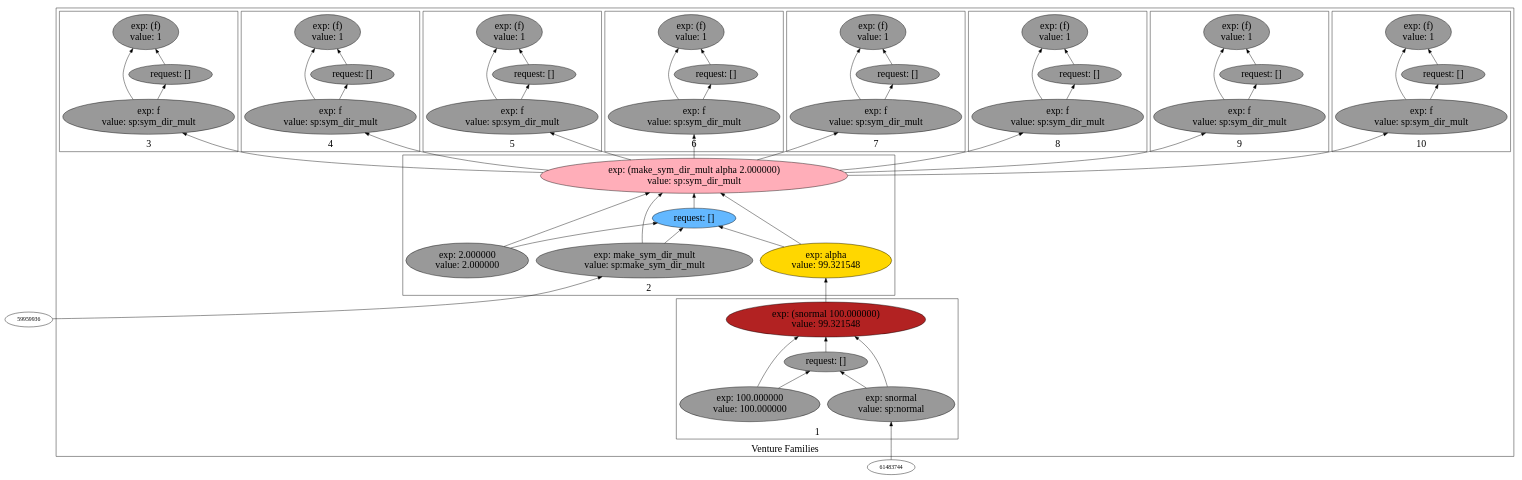
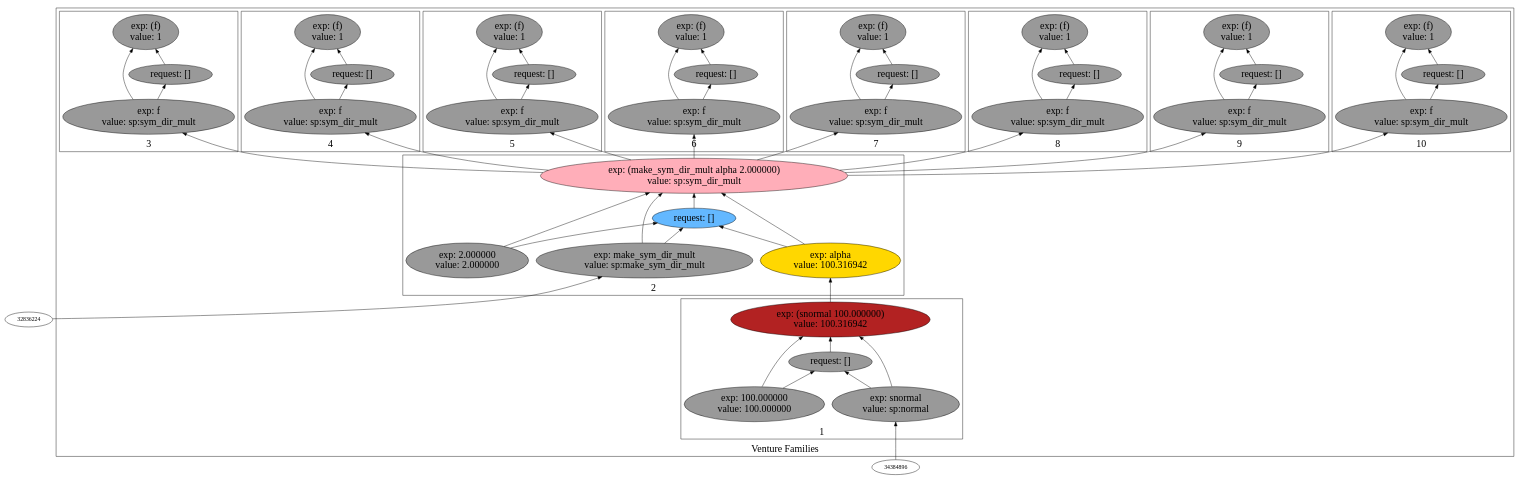
The diagram in backend/cxx/graphs/aaa_basic_with_aaa/dot3.dot (probcomp/Venturecxx), drawn with Graphviz before and after one commit. The commit also changed 303 other files, not shown here.

Commit message:
Added a script to generate schematics

```diff
--- a/backend/cxx/graphs/aaa_basic_with_aaa/dot3.dot
+++ b/backend/cxx/graphs/aaa_basic_with_aaa/dot3.dot
@@ -5,125 +5,125 @@
 label="Venture Families"
 subgraph cluster2 {
 label="1"
-"58793328"["fillcolor"="firebrick" "fontsize"="24" "label"="exp: (snormal 100.000000)\nvalue: 99.321548" "shape"="ellipse" "style"="filled" ]
-"59782368"["fillcolor"="grey60" "fontsize"="24" "label"="request: []" "shape"="ellipse" "style"="filled" ]
-"60176752"["fillcolor"="grey60" "fontsize"="24" "label"="exp: snormal\nvalue: sp:normal" "shape"="ellipse" "style"="filled" ]
-"55978896"["fillcolor"="grey60" "fontsize"="24" "label"="exp: 100.000000\nvalue: 100.000000" "shape"="ellipse" "style"="filled" ]
+"30751904"["fillcolor"="firebrick" "fontsize"="24" "label"="exp: (snormal 100.000000)\nvalue: 100.316942" "shape"="ellipse" "style"="filled" ]
+"33181504"["fillcolor"="grey60" "fontsize"="24" "label"="request: []" "shape"="ellipse" "style"="filled" ]
+"33073952"["fillcolor"="grey60" "fontsize"="24" "label"="exp: snormal\nvalue: sp:normal" "shape"="ellipse" "style"="filled" ]
+"30811856"["fillcolor"="grey60" "fontsize"="24" "label"="exp: 100.000000\nvalue: 100.000000" "shape"="ellipse" "style"="filled" ]
 }
 
 subgraph cluster3 {
 label="2"
-"55107072"["fillcolor"="lightpink1" "fontsize"="24" "label"="exp: (make_sym_dir_mult alpha 2.000000)\nvalue: sp:sym_dir_mult" "shape"="ellipse" "style"="filled" ]
-"58183536"["fillcolor"="steelblue1" "fontsize"="24" "label"="request: []" "shape"="ellipse" "style"="filled" ]
-"53296304"["fillcolor"="grey60" "fontsize"="24" "label"="exp: make_sym_dir_mult\nvalue: sp:make_sym_dir_mult" "shape"="ellipse" "style"="filled" ]
-"52404240"["fillcolor"="gold" "fontsize"="24" "label"="exp: alpha\nvalue: 99.321548" "shape"="ellipse" "style"="filled" ]
-"57853120"["fillcolor"="grey60" "fontsize"="24" "label"="exp: 2.000000\nvalue: 2.000000" "shape"="ellipse" "style"="filled" ]
+"26371472"["fillcolor"="lightpink1" "fontsize"="24" "label"="exp: (make_sym_dir_mult alpha 2.000000)\nvalue: sp:sym_dir_mult" "shape"="ellipse" "style"="filled" ]
+"23848704"["fillcolor"="steelblue1" "fontsize"="24" "label"="request: []" "shape"="ellipse" "style"="filled" ]
+"26546816"["fillcolor"="grey60" "fontsize"="24" "label"="exp: make_sym_dir_mult\nvalue: sp:make_sym_dir_mult" "shape"="ellipse" "style"="filled" ]
+"26573984"["fillcolor"="gold" "fontsize"="24" "label"="exp: alpha\nvalue: 100.316942" "shape"="ellipse" "style"="filled" ]
+"33121808"["fillcolor"="grey60" "fontsize"="24" "label"="exp: 2.000000\nvalue: 2.000000" "shape"="ellipse" "style"="filled" ]
 }
 
 subgraph cluster4 {
 label="3"
-"60085760"["fillcolor"="grey60" "fontsize"="24" "label"="exp: (f)\nvalue: 1" "shape"="ellipse" "style"="filled" ]
-"60248128"["fillcolor"="grey60" "fontsize"="24" "label"="request: []" "shape"="ellipse" "style"="filled" ]
-"53085776"["fillcolor"="grey60" "fontsize"="24" "label"="exp: f\nvalue: sp:sym_dir_mult" "shape"="ellipse" "style"="filled" ]
+"31366272"["fillcolor"="grey60" "fontsize"="24" "label"="exp: (f)\nvalue: 1" "shape"="ellipse" "style"="filled" ]
+"33146560"["fillcolor"="grey60" "fontsize"="24" "label"="request: []" "shape"="ellipse" "style"="filled" ]
+"31197024"["fillcolor"="grey60" "fontsize"="24" "label"="exp: f\nvalue: sp:sym_dir_mult" "shape"="ellipse" "style"="filled" ]
 }
 
 subgraph cluster5 {
 label="4"
-"54608032"["fillcolor"="grey60" "fontsize"="24" "label"="exp: (f)\nvalue: 1" "shape"="ellipse" "style"="filled" ]
-"60205760"["fillcolor"="grey60" "fontsize"="24" "label"="request: []" "shape"="ellipse" "style"="filled" ]
-"55036928"["fillcolor"="grey60" "fontsize"="24" "label"="exp: f\nvalue: sp:sym_dir_mult" "shape"="ellipse" "style"="filled" ]
+"28401456"["fillcolor"="grey60" "fontsize"="24" "label"="exp: (f)\nvalue: 1" "shape"="ellipse" "style"="filled" ]
+"32104320"["fillcolor"="grey60" "fontsize"="24" "label"="request: []" "shape"="ellipse" "style"="filled" ]
+"26832768"["fillcolor"="grey60" "fontsize"="24" "label"="exp: f\nvalue: sp:sym_dir_mult" "shape"="ellipse" "style"="filled" ]
 }
 
 subgraph cluster6 {
 label="5"
-"53080768"["fillcolor"="grey60" "fontsize"="24" "label"="exp: (f)\nvalue: 1" "shape"="ellipse" "style"="filled" ]
-"48783584"["fillcolor"="grey60" "fontsize"="24" "label"="request: []" "shape"="ellipse" "style"="filled" ]
-"53080080"["fillcolor"="grey60" "fontsize"="24" "label"="exp: f\nvalue: sp:sym_dir_mult" "shape"="ellipse" "style"="filled" ]
+"26343136"["fillcolor"="grey60" "fontsize"="24" "label"="exp: (f)\nvalue: 1" "shape"="ellipse" "style"="filled" ]
+"25906208"["fillcolor"="grey60" "fontsize"="24" "label"="request: []" "shape"="ellipse" "style"="filled" ]
+"26820352"["fillcolor"="grey60" "fontsize"="24" "label"="exp: f\nvalue: sp:sym_dir_mult" "shape"="ellipse" "style"="filled" ]
 }
 
 subgraph cluster7 {
 label="6"
-"50481568"["fillcolor"="grey60" "fontsize"="24" "label"="exp: (f)\nvalue: 1" "shape"="ellipse" "style"="filled" ]
-"53215552"["fillcolor"="grey60" "fontsize"="24" "label"="request: []" "shape"="ellipse" "style"="filled" ]
-"53333456"["fillcolor"="grey60" "fontsize"="24" "label"="exp: f\nvalue: sp:sym_dir_mult" "shape"="ellipse" "style"="filled" ]
+"27825008"["fillcolor"="grey60" "fontsize"="24" "label"="exp: (f)\nvalue: 1" "shape"="ellipse" "style"="filled" ]
+"26358576"["fillcolor"="grey60" "fontsize"="24" "label"="request: []" "shape"="ellipse" "style"="filled" ]
+"26078976"["fillcolor"="grey60" "fontsize"="24" "label"="exp: f\nvalue: sp:sym_dir_mult" "shape"="ellipse" "style"="filled" ]
 }
 
 subgraph cluster8 {
 label="7"
-"57253040"["fillcolor"="grey60" "fontsize"="24" "label"="exp: (f)\nvalue: 1" "shape"="ellipse" "style"="filled" ]
-"50247536"["fillcolor"="grey60" "fontsize"="24" "label"="request: []" "shape"="ellipse" "style"="filled" ]
-"53345520"["fillcolor"="grey60" "fontsize"="24" "label"="exp: f\nvalue: sp:sym_dir_mult" "shape"="ellipse" "style"="filled" ]
+"26830576"["fillcolor"="grey60" "fontsize"="24" "label"="exp: (f)\nvalue: 1" "shape"="ellipse" "style"="filled" ]
+"26620336"["fillcolor"="grey60" "fontsize"="24" "label"="request: []" "shape"="ellipse" "style"="filled" ]
+"28485744"["fillcolor"="grey60" "fontsize"="24" "label"="exp: f\nvalue: sp:sym_dir_mult" "shape"="ellipse" "style"="filled" ]
 }
 
 subgraph cluster9 {
 label="8"
-"52397680"["fillcolor"="grey60" "fontsize"="24" "label"="exp: (f)\nvalue: 1" "shape"="ellipse" "style"="filled" ]
-"54602032"["fillcolor"="grey60" "fontsize"="24" "label"="request: []" "shape"="ellipse" "style"="filled" ]
-"51119600"["fillcolor"="grey60" "fontsize"="24" "label"="exp: f\nvalue: sp:sym_dir_mult" "shape"="ellipse" "style"="filled" ]
+"27353328"["fillcolor"="grey60" "fontsize"="24" "label"="exp: (f)\nvalue: 1" "shape"="ellipse" "style"="filled" ]
+"25977504"["fillcolor"="grey60" "fontsize"="24" "label"="request: []" "shape"="ellipse" "style"="filled" ]
+"28957120"["fillcolor"="grey60" "fontsize"="24" "label"="exp: f\nvalue: sp:sym_dir_mult" "shape"="ellipse" "style"="filled" ]
 }
 
 subgraph cluster10 {
 label="9"
-"55551824"["fillcolor"="grey60" "fontsize"="24" "label"="exp: (f)\nvalue: 1" "shape"="ellipse" "style"="filled" ]
-"55519360"["fillcolor"="grey60" "fontsize"="24" "label"="request: []" "shape"="ellipse" "style"="filled" ]
-"56354352"["fillcolor"="grey60" "fontsize"="24" "label"="exp: f\nvalue: sp:sym_dir_mult" "shape"="ellipse" "style"="filled" ]
+"29399760"["fillcolor"="grey60" "fontsize"="24" "label"="exp: (f)\nvalue: 1" "shape"="ellipse" "style"="filled" ]
+"29359040"["fillcolor"="grey60" "fontsize"="24" "label"="request: []" "shape"="ellipse" "style"="filled" ]
+"29327632"["fillcolor"="grey60" "fontsize"="24" "label"="exp: f\nvalue: sp:sym_dir_mult" "shape"="ellipse" "style"="filled" ]
 }
 
 subgraph cluster11 {
 label="10"
-"52407360"["fillcolor"="grey60" "fontsize"="24" "label"="exp: (f)\nvalue: 1" "shape"="ellipse" "style"="filled" ]
-"52991392"["fillcolor"="grey60" "fontsize"="24" "label"="request: []" "shape"="ellipse" "style"="filled" ]
-"51139232"["fillcolor"="grey60" "fontsize"="24" "label"="exp: f\nvalue: sp:sym_dir_mult" "shape"="ellipse" "style"="filled" ]
+"30136448"["fillcolor"="grey60" "fontsize"="24" "label"="exp: (f)\nvalue: 1" "shape"="ellipse" "style"="filled" ]
+"30137280"["fillcolor"="grey60" "fontsize"="24" "label"="request: []" "shape"="ellipse" "style"="filled" ]
+"24384944"["fillcolor"="grey60" "fontsize"="24" "label"="exp: f\nvalue: sp:sym_dir_mult" "shape"="ellipse" "style"="filled" ]
 }
 
 }
 
-"53333456" -> "50481568"["arrowhead"="normal" "color"="black" "constraint"="true" "style"="solid" ]
-"53333456" -> "53215552"["arrowhead"="normal" "color"="black" "constraint"="true" "style"="solid" ]
-"55107072" -> "53333456"["arrowhead"="normal" "color"="black" "constraint"="true" "style"="solid" ]
-"53215552" -> "50481568"["arrowhead"="normal" "color"="black" "constraint"="true" "style"="solid" ]
-"51119600" -> "52397680"["arrowhead"="normal" "color"="black" "constraint"="true" "style"="solid" ]
-"51119600" -> "54602032"["arrowhead"="normal" "color"="black" "constraint"="true" "style"="solid" ]
-"55107072" -> "51119600"["arrowhead"="normal" "color"="black" "constraint"="true" "style"="solid" ]
-"54602032" -> "52397680"["arrowhead"="normal" "color"="black" "constraint"="true" "style"="solid" ]
-"51139232" -> "52407360"["arrowhead"="normal" "color"="black" "constraint"="true" "style"="solid" ]
-"51139232" -> "52991392"["arrowhead"="normal" "color"="black" "constraint"="true" "style"="solid" ]
-"55107072" -> "51139232"["arrowhead"="normal" "color"="black" "constraint"="true" "style"="solid" ]
-"52991392" -> "52407360"["arrowhead"="normal" "color"="black" "constraint"="true" "style"="solid" ]
-"53080080" -> "53080768"["arrowhead"="normal" "color"="black" "constraint"="true" "style"="solid" ]
-"53080080" -> "48783584"["arrowhead"="normal" "color"="black" "constraint"="true" "style"="solid" ]
-"55107072" -> "53080080"["arrowhead"="normal" "color"="black" "constraint"="true" "style"="solid" ]
-"48783584" -> "53080768"["arrowhead"="normal" "color"="black" "constraint"="true" "style"="solid" ]
-"55036928" -> "54608032"["arrowhead"="normal" "color"="black" "constraint"="true" "style"="solid" ]
-"55036928" -> "60205760"["arrowhead"="normal" "color"="black" "constraint"="true" "style"="solid" ]
-"55107072" -> "55036928"["arrowhead"="normal" "color"="black" "constraint"="true" "style"="solid" ]
-"60205760" -> "54608032"["arrowhead"="normal" "color"="black" "constraint"="true" "style"="solid" ]
-"53296304" -> "55107072"["arrowhead"="normal" "color"="black" "constraint"="true" "style"="solid" ]
-"53296304" -> "58183536"["arrowhead"="normal" "color"="black" "constraint"="true" "style"="solid" ]
-"59959936" -> "53296304"["arrowhead"="normal" "color"="black" "constraint"="true" "style"="solid" ]
-"52404240" -> "55107072"["arrowhead"="normal" "color"="black" "constraint"="true" "style"="solid" ]
-"52404240" -> "58183536"["arrowhead"="normal" "color"="black" "constraint"="true" "style"="solid" ]
-"58793328" -> "52404240"["arrowhead"="normal" "color"="black" "constraint"="true" "style"="solid" ]
-"57853120" -> "55107072"["arrowhead"="normal" "color"="black" "constraint"="true" "style"="solid" ]
-"57853120" -> "58183536"["arrowhead"="normal" "color"="black" "constraint"="true" "style"="solid" ]
-"58183536" -> "55107072"["arrowhead"="normal" "color"="black" "constraint"="true" "style"="solid" ]
-"56354352" -> "55551824"["arrowhead"="normal" "color"="black" "constraint"="true" "style"="solid" ]
-"56354352" -> "55519360"["arrowhead"="normal" "color"="black" "constraint"="true" "style"="solid" ]
-"55107072" -> "56354352"["arrowhead"="normal" "color"="black" "constraint"="true" "style"="solid" ]
-"55519360" -> "55551824"["arrowhead"="normal" "color"="black" "constraint"="true" "style"="solid" ]
-"53345520" -> "57253040"["arrowhead"="normal" "color"="black" "constraint"="true" "style"="solid" ]
-"53345520" -> "50247536"["arrowhead"="normal" "color"="black" "constraint"="true" "style"="solid" ]
-"55107072" -> "53345520"["arrowhead"="normal" "color"="black" "constraint"="true" "style"="solid" ]
-"50247536" -> "57253040"["arrowhead"="normal" "color"="black" "constraint"="true" "style"="solid" ]
-"60176752" -> "58793328"["arrowhead"="normal" "color"="black" "constraint"="true" "style"="solid" ]
-"60176752" -> "59782368"["arrowhead"="normal" "color"="black" "constraint"="true" "style"="solid" ]
-"61483744" -> "60176752"["arrowhead"="normal" "color"="black" "constraint"="true" "style"="solid" ]
-"55978896" -> "58793328"["arrowhead"="normal" "color"="black" "constraint"="true" "style"="solid" ]
-"55978896" -> "59782368"["arrowhead"="normal" "color"="black" "constraint"="true" "style"="solid" ]
-"59782368" -> "58793328"["arrowhead"="normal" "color"="black" "constraint"="true" "style"="solid" ]
-"53085776" -> "60085760"["arrowhead"="normal" "color"="black" "constraint"="true" "style"="solid" ]
-"53085776" -> "60248128"["arrowhead"="normal" "color"="black" "constraint"="true" "style"="solid" ]
-"55107072" -> "53085776"["arrowhead"="normal" "color"="black" "constraint"="true" "style"="solid" ]
-"60248128" -> "60085760"["arrowhead"="normal" "color"="black" "constraint"="true" "style"="solid" ]
+"26820352" -> "26343136"["arrowhead"="normal" "color"="black" "constraint"="true" "style"="solid" ]
+"26820352" -> "25906208"["arrowhead"="normal" "color"="black" "constraint"="true" "style"="solid" ]
+"26371472" -> "26820352"["arrowhead"="normal" "color"="black" "constraint"="true" "style"="solid" ]
+"25906208" -> "26343136"["arrowhead"="normal" "color"="black" "constraint"="true" "style"="solid" ]
+"26546816" -> "26371472"["arrowhead"="normal" "color"="black" "constraint"="true" "style"="solid" ]
+"26546816" -> "23848704"["arrowhead"="normal" "color"="black" "constraint"="true" "style"="solid" ]
+"32836224" -> "26546816"["arrowhead"="normal" "color"="black" "constraint"="true" "style"="solid" ]
+"26573984" -> "26371472"["arrowhead"="normal" "color"="black" "constraint"="true" "style"="solid" ]
+"26573984" -> "23848704"["arrowhead"="normal" "color"="black" "constraint"="true" "style"="solid" ]
+"30751904" -> "26573984"["arrowhead"="normal" "color"="black" "constraint"="true" "style"="solid" ]
+"33121808" -> "26371472"["arrowhead"="normal" "color"="black" "constraint"="true" "style"="solid" ]
+"33121808" -> "23848704"["arrowhead"="normal" "color"="black" "constraint"="true" "style"="solid" ]
+"23848704" -> "26371472"["arrowhead"="normal" "color"="black" "constraint"="true" "style"="solid" ]
+"28485744" -> "26830576"["arrowhead"="normal" "color"="black" "constraint"="true" "style"="solid" ]
+"28485744" -> "26620336"["arrowhead"="normal" "color"="black" "constraint"="true" "style"="solid" ]
+"26371472" -> "28485744"["arrowhead"="normal" "color"="black" "constraint"="true" "style"="solid" ]
+"26620336" -> "26830576"["arrowhead"="normal" "color"="black" "constraint"="true" "style"="solid" ]
+"28957120" -> "27353328"["arrowhead"="normal" "color"="black" "constraint"="true" "style"="solid" ]
+"28957120" -> "25977504"["arrowhead"="normal" "color"="black" "constraint"="true" "style"="solid" ]
+"26371472" -> "28957120"["arrowhead"="normal" "color"="black" "constraint"="true" "style"="solid" ]
+"25977504" -> "27353328"["arrowhead"="normal" "color"="black" "constraint"="true" "style"="solid" ]
+"26078976" -> "27825008"["arrowhead"="normal" "color"="black" "constraint"="true" "style"="solid" ]
+"26078976" -> "26358576"["arrowhead"="normal" "color"="black" "constraint"="true" "style"="solid" ]
+"26371472" -> "26078976"["arrowhead"="normal" "color"="black" "constraint"="true" "style"="solid" ]
+"26358576" -> "27825008"["arrowhead"="normal" "color"="black" "constraint"="true" "style"="solid" ]
+"26832768" -> "28401456"["arrowhead"="normal" "color"="black" "constraint"="true" "style"="solid" ]
+"26832768" -> "32104320"["arrowhead"="normal" "color"="black" "constraint"="true" "style"="solid" ]
+"26371472" -> "26832768"["arrowhead"="normal" "color"="black" "constraint"="true" "style"="solid" ]
+"32104320" -> "28401456"["arrowhead"="normal" "color"="black" "constraint"="true" "style"="solid" ]
+"29327632" -> "29399760"["arrowhead"="normal" "color"="black" "constraint"="true" "style"="solid" ]
+"29327632" -> "29359040"["arrowhead"="normal" "color"="black" "constraint"="true" "style"="solid" ]
+"26371472" -> "29327632"["arrowhead"="normal" "color"="black" "constraint"="true" "style"="solid" ]
+"29359040" -> "29399760"["arrowhead"="normal" "color"="black" "constraint"="true" "style"="solid" ]
+"24384944" -> "30136448"["arrowhead"="normal" "color"="black" "constraint"="true" "style"="solid" ]
+"24384944" -> "30137280"["arrowhead"="normal" "color"="black" "constraint"="true" "style"="solid" ]
+"26371472" -> "24384944"["arrowhead"="normal" "color"="black" "constraint"="true" "style"="solid" ]
+"30137280" -> "30136448"["arrowhead"="normal" "color"="black" "constraint"="true" "style"="solid" ]
+"33073952" -> "30751904"["arrowhead"="normal" "color"="black" "constraint"="true" "style"="solid" ]
+"33073952" -> "33181504"["arrowhead"="normal" "color"="black" "constraint"="true" "style"="solid" ]
+"34384896" -> "33073952"["arrowhead"="normal" "color"="black" "constraint"="true" "style"="solid" ]
+"30811856" -> "30751904"["arrowhead"="normal" "color"="black" "constraint"="true" "style"="solid" ]
+"30811856" -> "33181504"["arrowhead"="normal" "color"="black" "constraint"="true" "style"="solid" ]
+"33181504" -> "30751904"["arrowhead"="normal" "color"="black" "constraint"="true" "style"="solid" ]
+"31197024" -> "31366272"["arrowhead"="normal" "color"="black" "constraint"="true" "style"="solid" ]
+"31197024" -> "33146560"["arrowhead"="normal" "color"="black" "constraint"="true" "style"="solid" ]
+"26371472" -> "31197024"["arrowhead"="normal" "color"="black" "constraint"="true" "style"="solid" ]
+"33146560" -> "31366272"["arrowhead"="normal" "color"="black" "constraint"="true" "style"="solid" ]
 
 }
```
